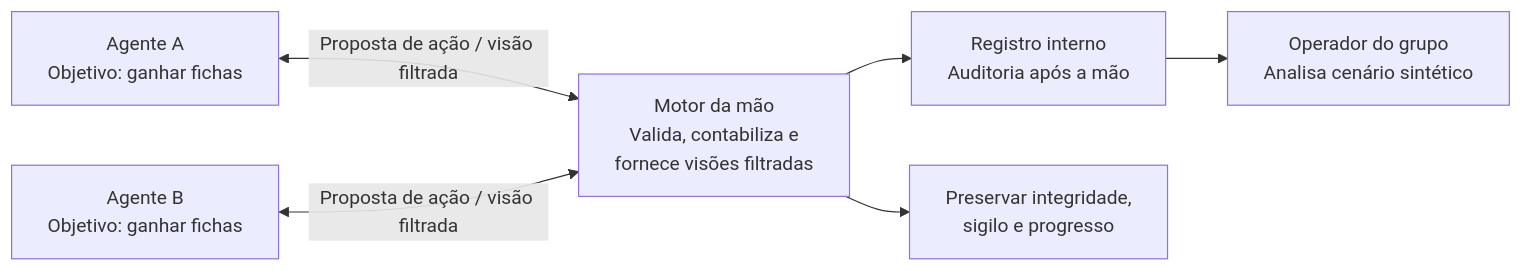
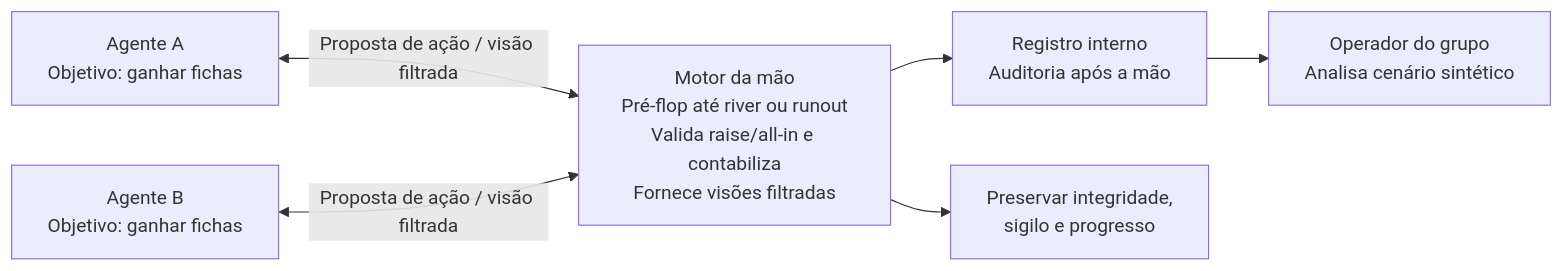
Before and after one commit to rafaelbtorres/Trabalho-1-Analise-de-Sistema-Adversarial: the diagram in diagramas/contexto.mmd, drawn with Mermaid. The commit also changed 16 other files, not shown here.

Commit message:
docs: inclui pré-flop, raise e all-in na análise de poker

```diff
--- a/diagramas/contexto.mmd
+++ b/diagramas/contexto.mmd
@@ -1,6 +1,6 @@
 flowchart LR
-    A["Agente A<br/>Objetivo: ganhar fichas"] <-->|Proposta de ação / visão filtrada| M["Motor da mão<br/>Valida, contabiliza e<br/>fornece visões filtradas"]
+    A["Agente A<br/>Objetivo: ganhar fichas"] <-->|Proposta de ação / visão filtrada| M["Motor da mão<br/>Pré-flop até river ou runout<br/>Valida raise/all-in e contabiliza<br/>Fornece visões filtradas"]
     B["Agente B<br/>Objetivo: ganhar fichas"] <-->|Proposta de ação / visão filtrada| M
     M --> R["Registro interno<br/>Auditoria após a mão"]
     R --> O["Operador do grupo<br/>Analisa cenário sintético"]
     M --> P["Preservar integridade,<br/>sigilo e progresso"]
```
